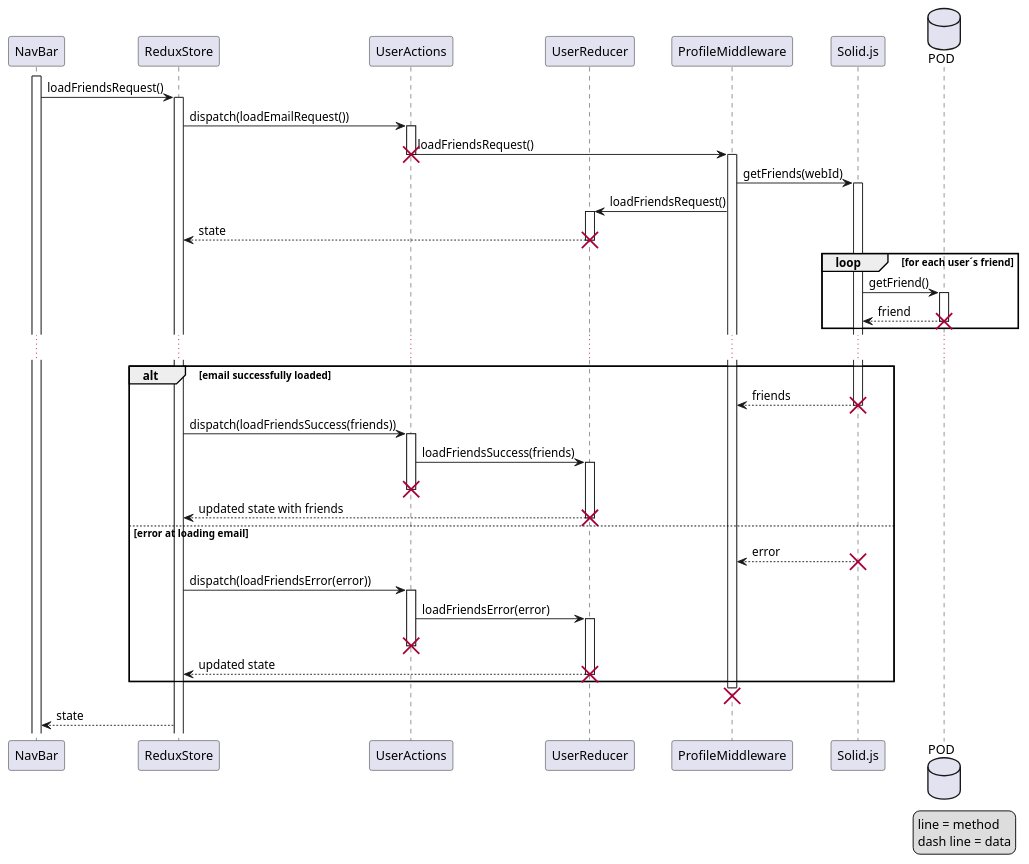
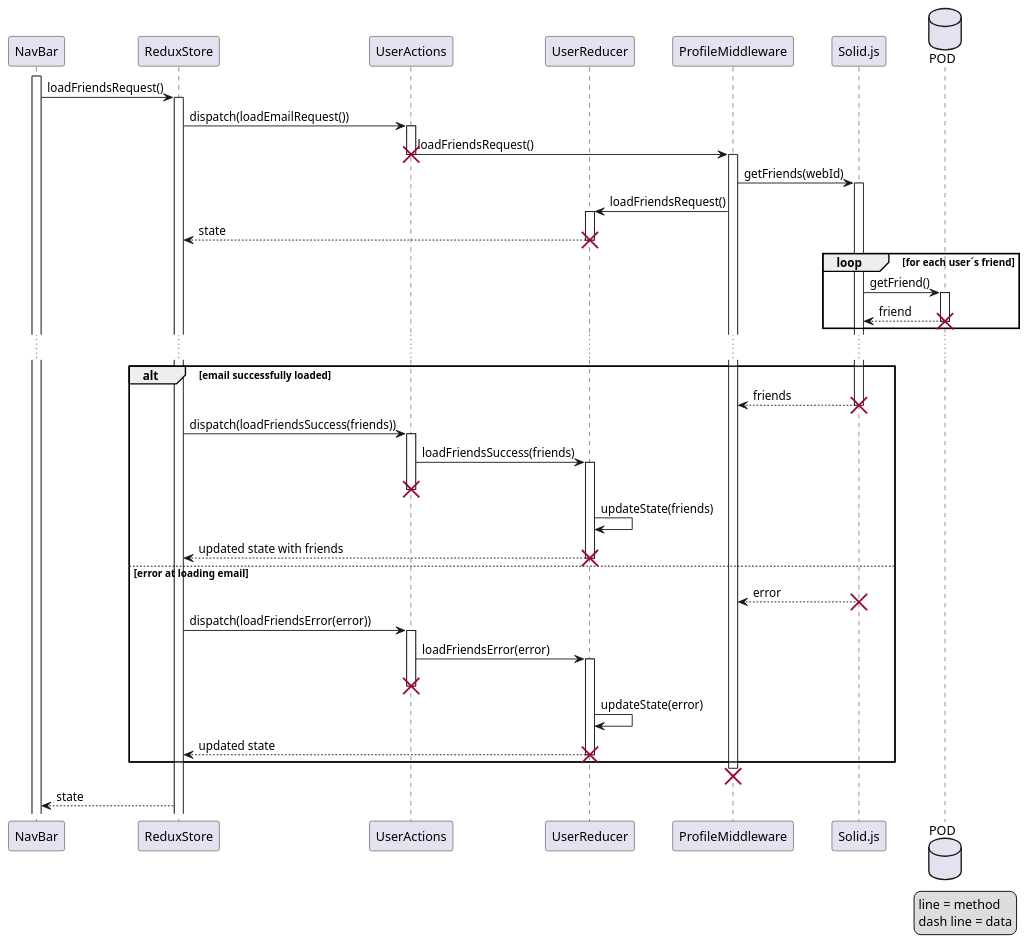
One commit to Arquisoft/viade_en1b changed the diagram in src/docs/diagrams/06_SD_LoadFriends.puml. Above: the diagram before and after it, drawn with PlantUML. The commit also changed 4 other files, not shown here.

```diff
--- a/src/docs/diagrams/06_SD_LoadFriends.puml
+++ b/src/docs/diagrams/06_SD_LoadFriends.puml
@@ -3,60 +3,62 @@
 @startuml
 
 participant NavBar as nb 
 participant ReduxStore as rs 
 participant UserActions as ra 
 participant UserReducer as rr 
 participant ProfileMiddleware as rm 
 participant Solid.js as s 
 database POD as p
 
 activate nb
 nb -> rs: loadFriendsRequest()
 activate rs
 rs -> ra: dispatch(loadEmailRequest())
 activate ra
 ra -> rm: loadFriendsRequest()
 destroy ra
 activate rm
 rm -> s: getFriends(webId)
 activate s
 rm -> rr: loadFriendsRequest()
 activate rr
 rr --> rs: state
 destroy rr
 loop for each user´s friend
     s -> p: getFriend()
     activate p
     p --> s: friend
     destroy p
 end
 ...
 alt email successfully loaded
 s --> rm: friends
 destroy s
 rs -> ra: dispatch(loadFriendsSuccess(friends))
 activate ra
 ra -> rr: loadFriendsSuccess(friends)
 activate rr
 destroy ra
+rr -> rr: updateState(friends)
 rr --> rs: updated state with friends
 destroy rr
 else error at loading email
 s --> rm: error
 destroy s
 rs -> ra: dispatch(loadFriendsError(error))
 activate ra
 ra -> rr: loadFriendsError(error)
 activate rr
 destroy ra
+rr -> rr: updateState(error)
 rr --> rs: updated state
 destroy rr
 end
 destroy rm
 rs --> nb: state
 legend right
 line = method
 dash line = data
 endlegend
 
 @enduml
```
